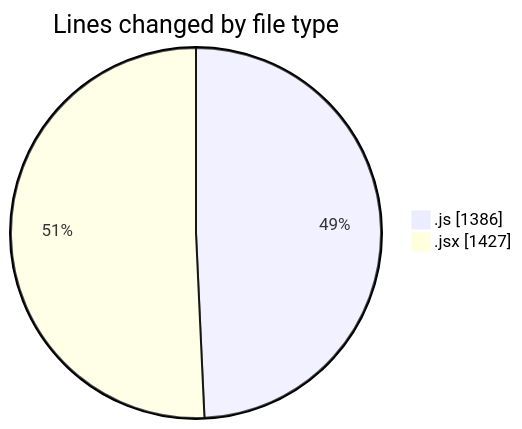
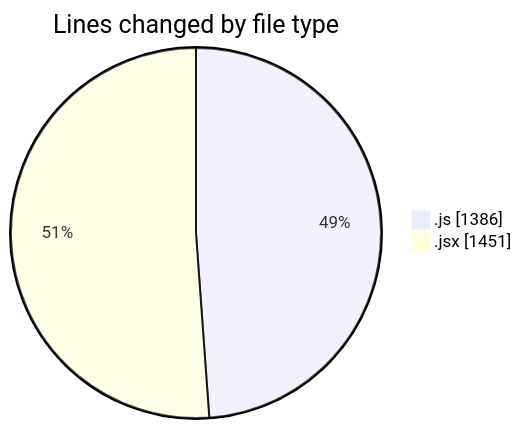
The first of 2 diagrams in 2025-07-29/nxtqube_webapp/README.md (nxtqubesakshisongat/code-tracking), drawn with Mermaid before and after one commit. The commit also changed other lines of this file and 1 other file, not shown here.

````diff
--- a/2025-07-29/nxtqube_webapp/README.md
+++ b/2025-07-29/nxtqube_webapp/README.md
@@ -27,6 +27,6 @@
 ```mermaid
 pie showData
 title Lines changed by file type
 ".js" : 1386
-".jsx" : 1427
+".jsx" : 1451
 ```
````
